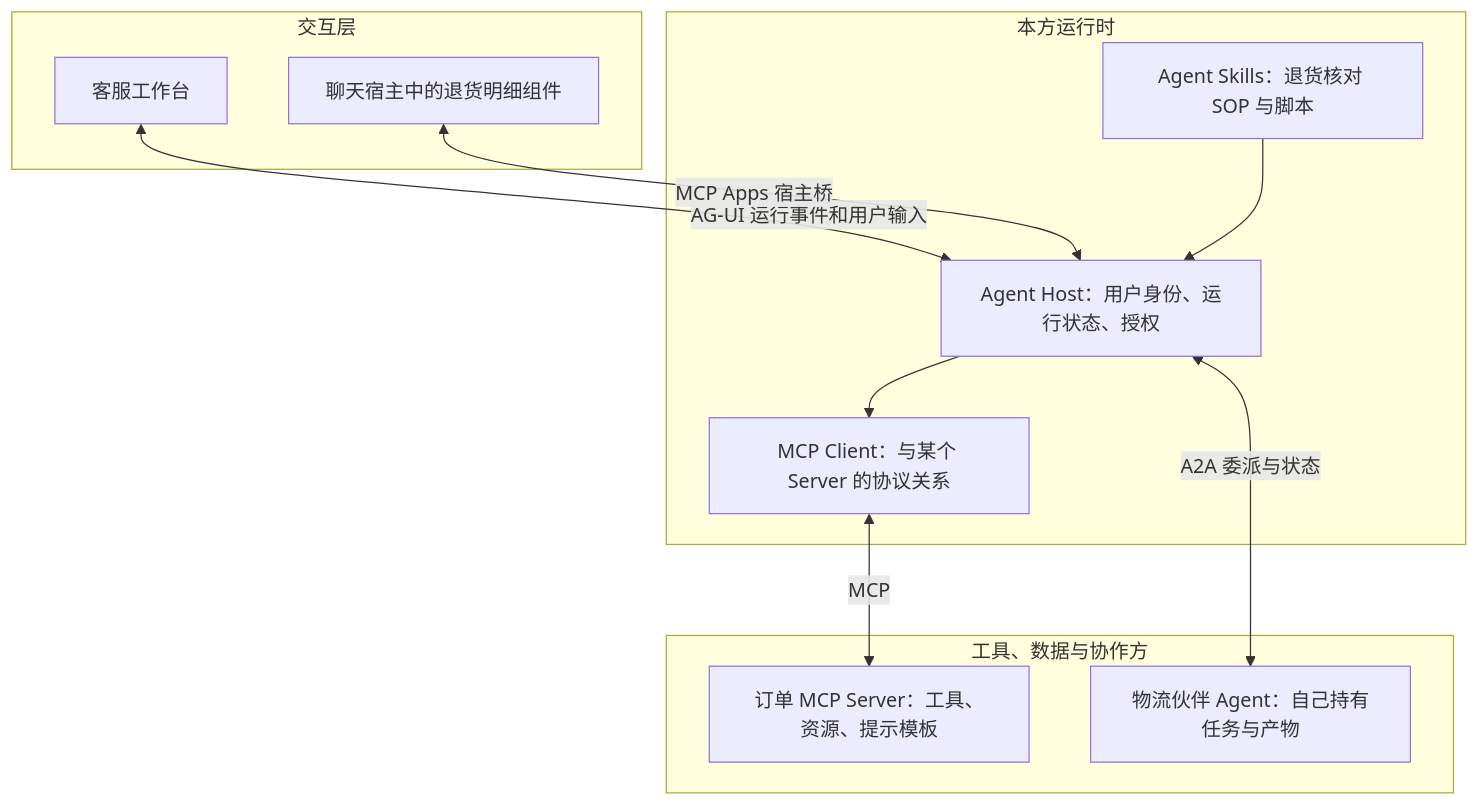
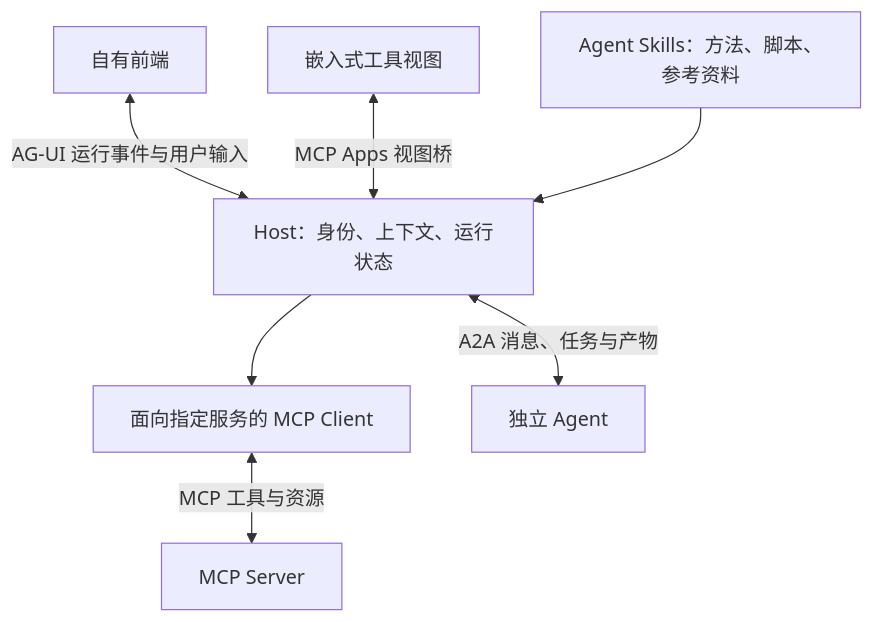
The first of 3 diagrams in 08-agent-infra-harness-and-protocols/02-protocols-mcp-skills-a2a.md (echonoshy/agent-engineering-handbook), drawn with Mermaid before and after one commit. The commit also changed other lines of this file and 21 other files, not shown here.

````diff
--- a/08-agent-infra-harness-and-protocols/02-protocols-mcp-skills-a2a.md
+++ b/08-agent-infra-harness-and-protocols/02-protocols-mcp-skills-a2a.md
@@ -9,22 +5,9 @@
 ```mermaid
 flowchart TB
-    subgraph People["交互层"]
-        U["客服工作台"]
-        W["聊天宿主中的退货明细组件"]
-    end
-    subgraph Own["本方运行时"]
-        H["Agent Host：用户身份、运行状态、授权"]
-        C["MCP Client：与某个 Server 的协议关系"]
-        K["Agent Skills：退货核对 SOP 与脚本"]
-    end
-    subgraph Services["工具、数据与协作方"]
-        S["订单 MCP Server：工具、资源、提示模板"]
-        P["物流伙伴 Agent：自己持有任务与产物"]
-    end
-    U <-->|AG-UI 运行事件和用户输入| H
-    W <-->|MCP Apps 宿主桥| H
-    K --> H
-    H --> C
-    C <-->|MCP| S
-    H <-->|A2A 委派与状态| P
+    F["自有前端"] <-->|AG-UI 运行事件与用户输入| H["Host：身份、上下文、运行状态"]
+    V["嵌入式工具视图"] <-->|MCP Apps 视图桥| H
+    K["Agent Skills：方法、脚本、参考资料"] --> H
+    H --> C["面向指定服务的 MCP Client"]
+    C <-->|MCP 工具与资源| S["MCP Server"]
+    H <-->|A2A 消息、任务与产物| A["独立 Agent"]
 ```
````
